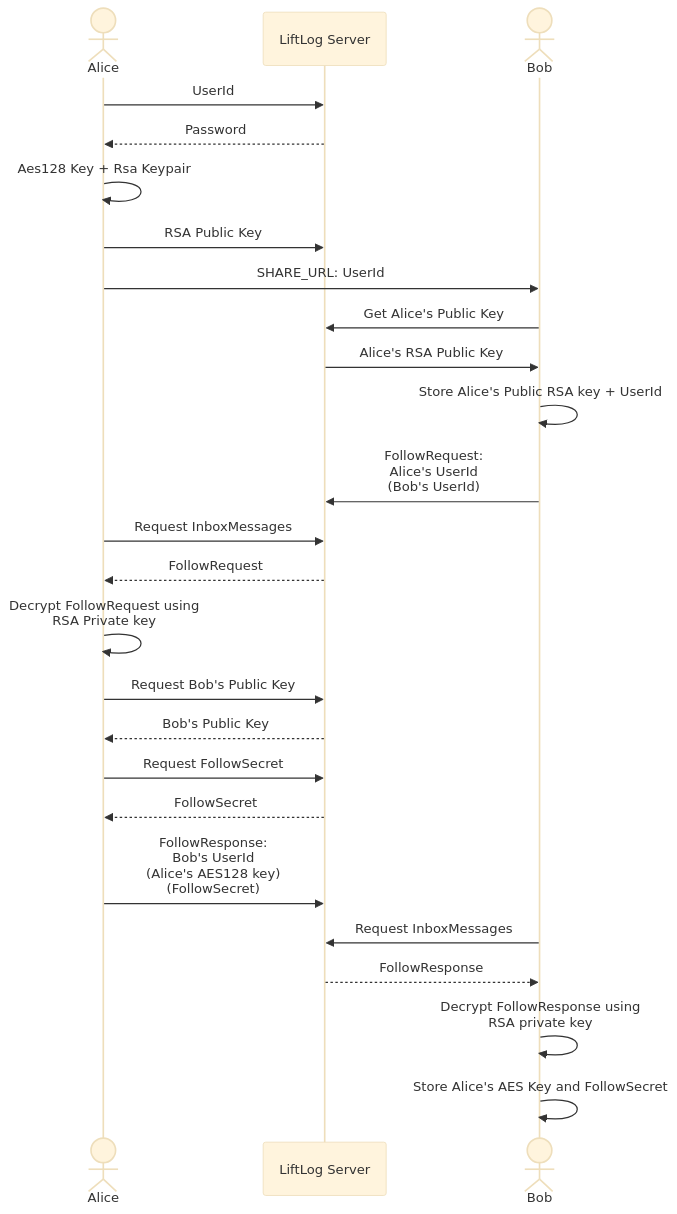
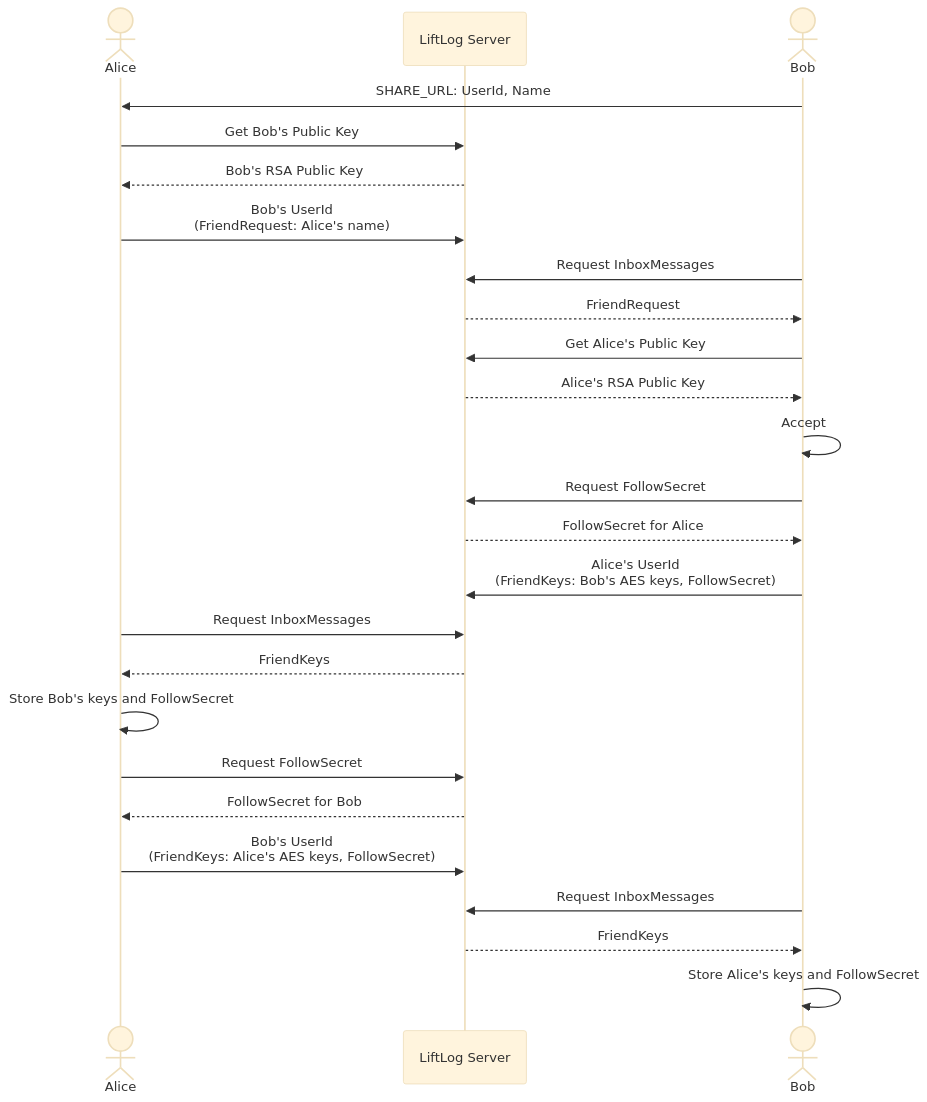
Before and after one commit to LiamMorrow/LiftLog: the first of 2 diagrams in docs/FeedProcess.md, drawn with Mermaid (base theme). The commit also changed other lines of this file and 19 other files, not shown here.

````diff
--- a/docs/FeedProcess.md
+++ b/docs/FeedProcess.md
@@ -76,27 +105,27 @@
 ```mermaid
 sequenceDiagram
     actor Alice
     participant LiftLog as LiftLog Server
     actor Bob
-    Alice->>LiftLog: UserId
-    LiftLog-->>Alice: Password
-    Alice->>Alice: Aes128 Key + Rsa Keypair
-    Alice->>LiftLog: RSA Public Key
-    Alice->>Bob: SHARE_URL: UserId
+    Bob->>Alice: SHARE_URL: UserId, Name
+    Alice->>LiftLog: Get Bob's Public Key
+    LiftLog-->>Alice: Bob's RSA Public Key
+    Alice->>LiftLog: Bob's UserId<br/>(FriendRequest: Alice's name)
+    Bob->>LiftLog: Request InboxMessages
+    LiftLog-->>Bob: FriendRequest
     Bob->>LiftLog: Get Alice's Public Key
-    LiftLog->>Bob: Alice's RSA Public Key
-    Bob->>Bob: Store Alice's Public RSA key + UserId
-    Bob->>LiftLog: FollowRequest: <br/> Alice's UserId <br/>(Bob's UserId)
+    LiftLog-->>Bob: Alice's RSA Public Key
+    Bob->>Bob: Accept
+    Bob->>LiftLog: Request FollowSecret
+    LiftLog-->>Bob: FollowSecret for Alice
+    Bob->>LiftLog: Alice's UserId<br/>(FriendKeys: Bob's AES keys, FollowSecret)
     Alice->>LiftLog: Request InboxMessages
-    LiftLog-->>Alice: FollowRequest
-    Alice->>Alice: Decrypt FollowRequest using<br/> RSA Private key
-    Alice->>LiftLog: Request Bob's Public Key
-    LiftLog-->>Alice: Bob's Public Key
+    LiftLog-->>Alice: FriendKeys
+    Alice->>Alice: Store Bob's keys and FollowSecret
     Alice->>LiftLog: Request FollowSecret
-    LiftLog-->>Alice: FollowSecret
-    Alice->>LiftLog: FollowResponse:<br/>Bob's UserId<br/>(Alice's AES128 key)<br/>(FollowSecret)
+    LiftLog-->>Alice: FollowSecret for Bob
+    Alice->>LiftLog: Bob's UserId<br/>(FriendKeys: Alice's AES keys, FollowSecret)
     Bob->>LiftLog: Request InboxMessages
-    LiftLog-->>Bob: FollowResponse
-    Bob->>Bob: Decrypt FollowResponse using<br/>RSA private key
-    Bob->>Bob: Store Alice's AES Key and FollowSecret
+    LiftLog-->>Bob: FriendKeys
+    Bob->>Bob: Store Alice's keys and FollowSecret
 ```
````
